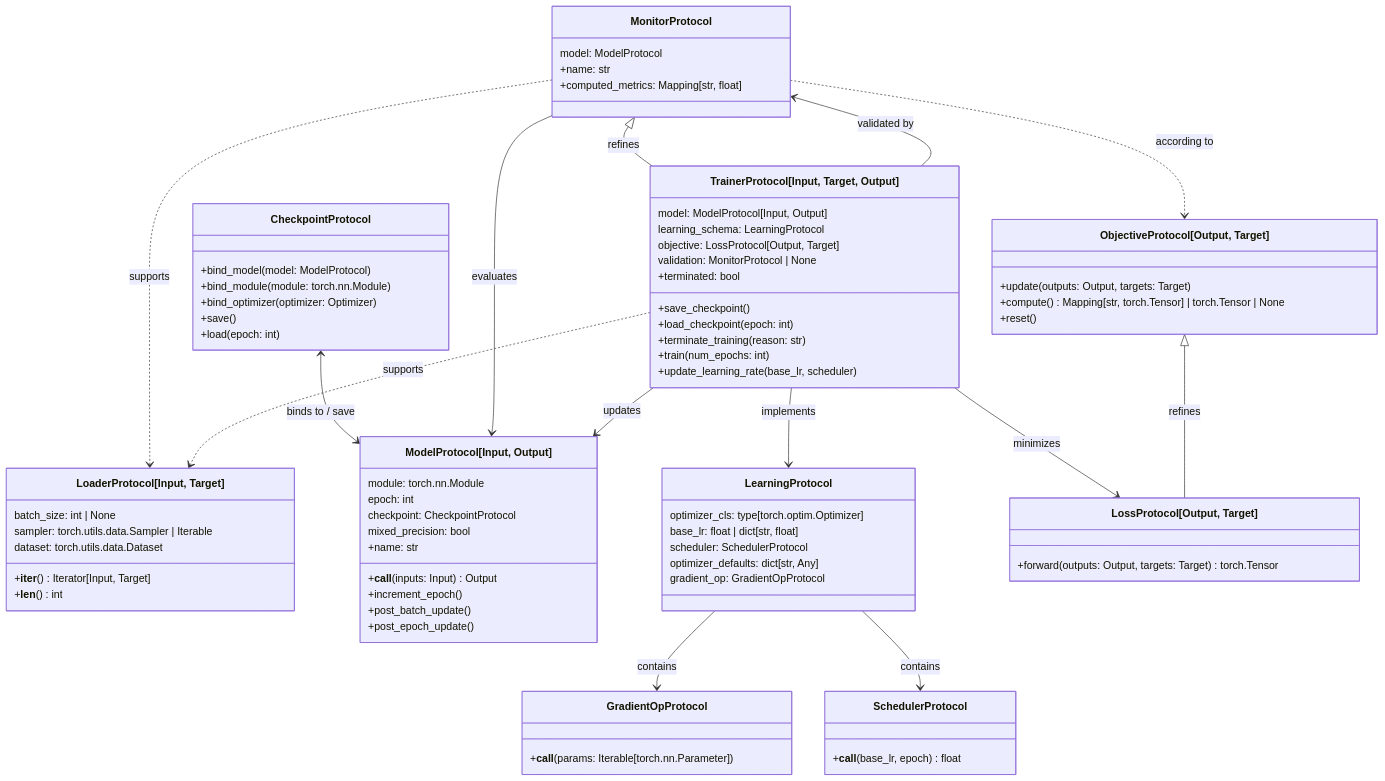
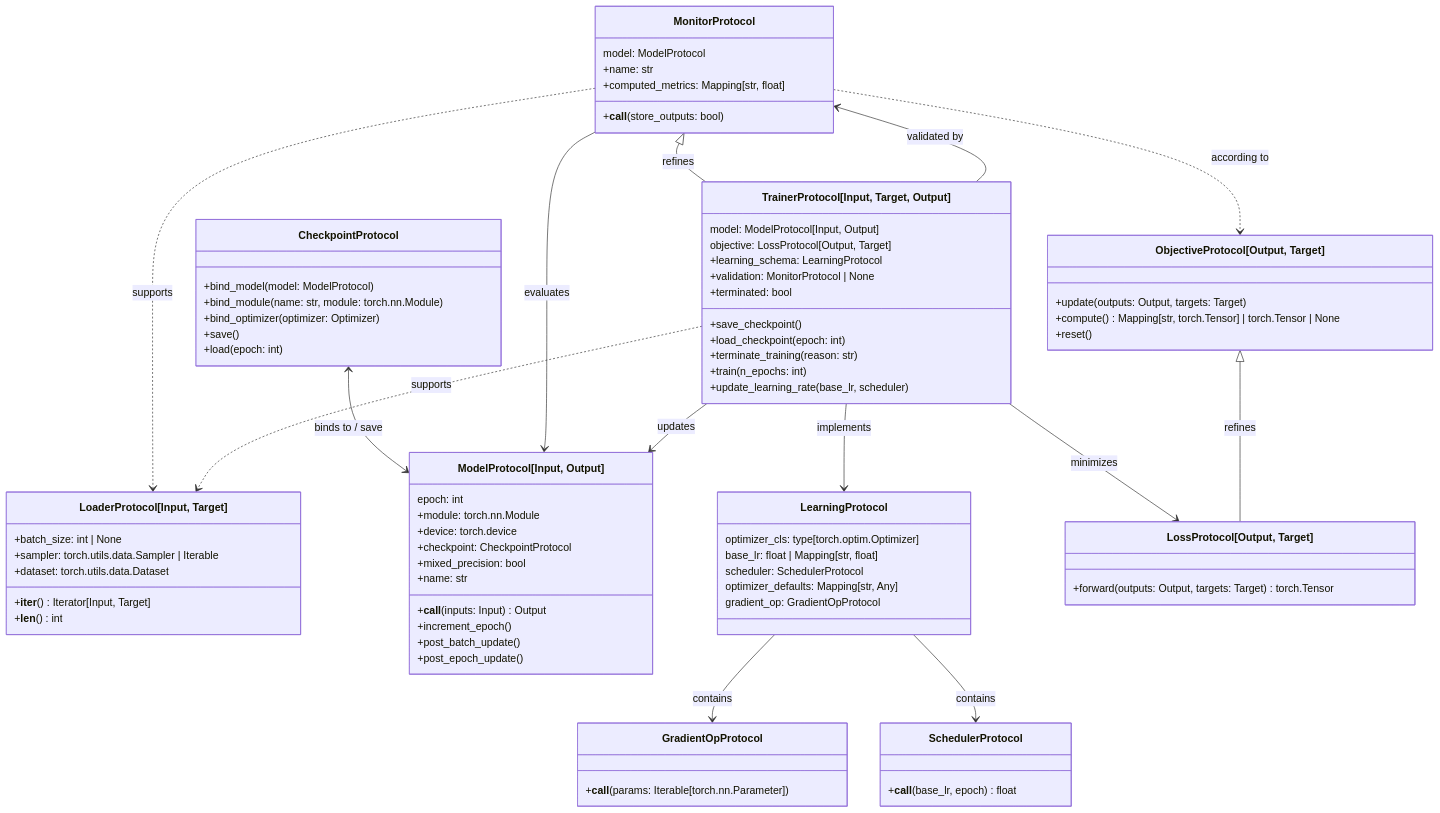
The diagram in docs/architecture.md (nverchev/drytorch), drawn with Mermaid before and after one commit. The commit also changed other lines of this file, not shown here.

Commit message:
docs: updated architecture

```diff
--- a/docs/architecture.md
+++ b/docs/architecture.md
@@ -26,18 +29,19 @@
 classDiagram
 direction TB
     class LoaderProtocol["LoaderProtocol[Input, Target]"] {
-        batch_size: int | None
-        sampler: torch.utils.data.Sampler | Iterable
-        dataset: torch.utils.data.Dataset
+        +batch_size: int | None
+        +sampler: torch.utils.data.Sampler | Iterable
+        +dataset: torch.utils.data.Dataset
         +__iter__() Iterator[Input, Target]
         +__len__() int
     }
 
     class ModelProtocol["ModelProtocol[Input, Output]"] {
-        module: torch.nn.Module
         epoch: int
-        checkpoint: CheckpointProtocol
-        mixed_precision: bool
+        +module: torch.nn.Module
+        +device: torch.device
+        +checkpoint: CheckpointProtocol
+        +mixed_precision: bool
         +name: str
         +__call__(inputs: Input) Output
         +increment_epoch()
@@ -47,7 +51,7 @@
 
     class CheckpointProtocol {
         +bind_model(model: ModelProtocol)
-        +bind_module(module: torch.nn.Module)
+        +bind_module(name: str, module: torch.nn.Module)
         +bind_optimizer(optimizer: Optimizer)
         +save()
         +load(epoch: int)
@@ -63,9 +67,9 @@
 
     class LearningProtocol {
         optimizer_cls: type[torch.optim.Optimizer]
-        base_lr: float | dict[str, float]
+        base_lr: float | Mapping[str, float]
         scheduler: SchedulerProtocol
-        optimizer_defaults: dict[str, Any]
+        optimizer_defaults: Mapping[str, Any]
         gradient_op: GradientOpProtocol
     }
 
@@ -83,18 +87,19 @@
         model: ModelProtocol
         +name: str
         +computed_metrics: Mapping[str, float]
+        +__call__(store_outputs: bool)
     }
 
     class TrainerProtocol["TrainerProtocol[Input, Target, Output]"] {
         model: ModelProtocol[Input, Output]
-        learning_schema: LearningProtocol
         objective: LossProtocol[Output, Target]
-        validation: MonitorProtocol | None
+        +learning_schema: LearningProtocol
+        +validation: MonitorProtocol | None
         +terminated: bool
         +save_checkpoint()
         +load_checkpoint(epoch: int)
         +terminate_training(reason: str)
-        +train(num_epochs: int)
+        +train(n_epochs: int)
         +update_learning_rate(base_lr, scheduler)
     }
 
```
